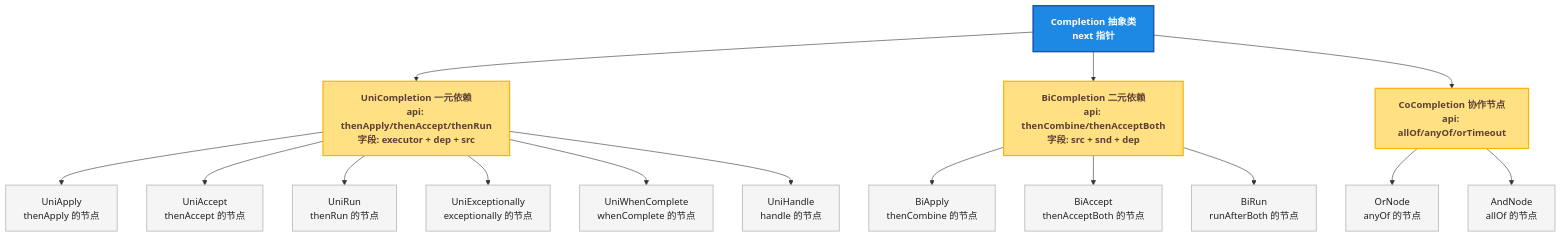
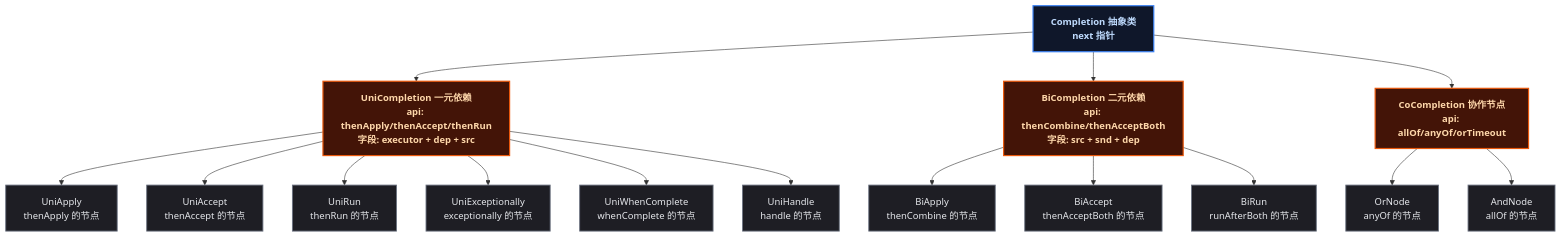
The third of 4 diagrams in content/posts/concurrency/CompletableFuture.md (yaocat55/yaocat55.github.io), drawn with Mermaid before and after one commit. The commit also changed other lines of this file and 155 other files, not shown here.

````diff
--- a/content/posts/concurrency/CompletableFuture.md
+++ b/content/posts/concurrency/CompletableFuture.md
@@ -387,29 +387,29 @@
 ```mermaid
 flowchart TD
-    classDef base fill:#1E88E5,stroke:#0D47A1,stroke-width:2px,color:#FFFFFF,font-weight:bold;
-    classDef mid fill:#FFE082,stroke:#FFB300,stroke-width:2px,color:#5D4037,font-weight:bold;
-    classDef leaf fill:#F5F5F5,stroke:#BDBDBD,stroke-width:1.5px,color:#212121;
+classDef base fill:#0f172a,stroke:#3b82f6,stroke-width:2px,color:#bfdbfe,font-weight:bold;;
+classDef mid fill:#431407,stroke:#ea580c,stroke-width:2px,color:#fed7aa,font-weight:bold;;
+classDef leaf fill:#1e1e24,stroke:#6b7280,stroke-width:1.5px,color:#e5e7eb;
 
     COMP[Completion 抽象类\nnext 指针]
     COMP --> UC[UniCompletion 一元依赖\napi: thenApply/thenAccept/thenRun\n字段: executor + dep + src]
     COMP --> BC[BiCompletion 二元依赖\napi: thenCombine/thenAcceptBoth\n字段: src + snd + dep]
     COMP --> CC[CoCompletion 协作节点\napi: allOf/anyOf/orTimeout]
 
     UC --> UA[UniApply\nthenApply 的节点]
     UC --> UAC[UniAccept\nthenAccept 的节点]
     UC --> UR[UniRun\nthenRun 的节点]
     UC --> UE[UniExceptionally\nexceptionally 的节点]
     UC --> UWC[UniWhenComplete\nwhenComplete 的节点]
     UC --> UH[UniHandle\nhandle 的节点]
 
     BC --> BA[BiApply\nthenCombine 的节点]
     BC --> BACC[BiAccept\nthenAcceptBoth 的节点]
     BC --> BR[BiRun\nrunAfterBoth 的节点]
 
     CC --> OR[OrNode\nanyOf 的节点]
     CC --> ANDN[AndNode\nallOf 的节点]
 
     class COMP base;
     class UC,BC,CC mid;
     class UA,UAC,UR,UE,UWC,UH,BA,BACC,BR,OR,ANDN leaf;
 ```
````
